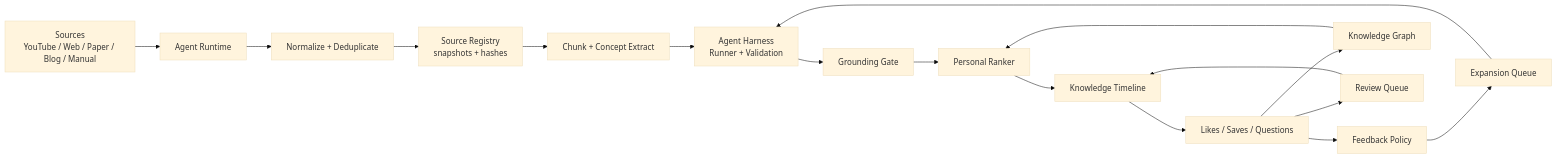
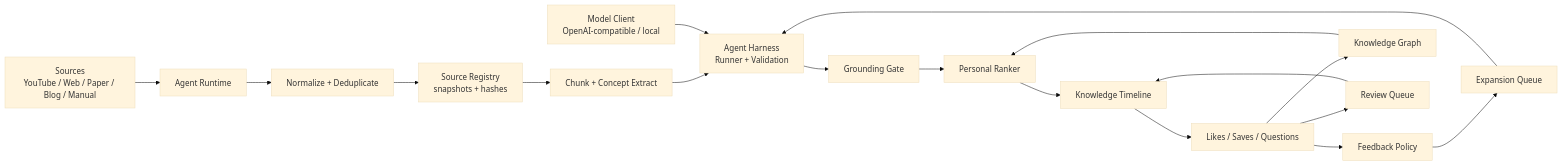
One commit to MaxGzLi/AItimeline changed the diagram in docs/architecture.md. Above: the diagram before and after it, drawn with Mermaid (base theme). The commit also changed other lines of this file and 9 other files, not shown here.

Commit message:
Add OpenAI-compatible model client

````diff
--- a/docs/architecture.md
+++ b/docs/architecture.md
@@ -5,19 +5,20 @@
 ```mermaid
 flowchart LR
   Sources["Sources\nYouTube / Web / Paper / Blog / Manual"] --> Agent["Agent Runtime"]
   Agent --> Normalize["Normalize + Deduplicate"]
   Normalize --> Registry["Source Registry\nsnapshots + hashes"]
   Registry --> Extract["Chunk + Concept Extract"]
   Extract --> Harness["Agent Harness\nRunner + Validation"]
+  Model["Model Client\nOpenAI-compatible / local"] --> Harness
   Harness --> Grounding["Grounding Gate"]
   Grounding --> Rank["Personal Ranker"]
   Rank --> Timeline["Knowledge Timeline"]
   Timeline --> Signals["Likes / Saves / Questions"]
   Signals --> Feedback["Feedback Policy"]
   Feedback --> Expansion["Expansion Queue"]
   Signals --> Graph["Knowledge Graph"]
   Signals --> Review["Review Queue"]
   Expansion --> Harness
   Graph --> Rank
   Review --> Timeline
 ```
````
